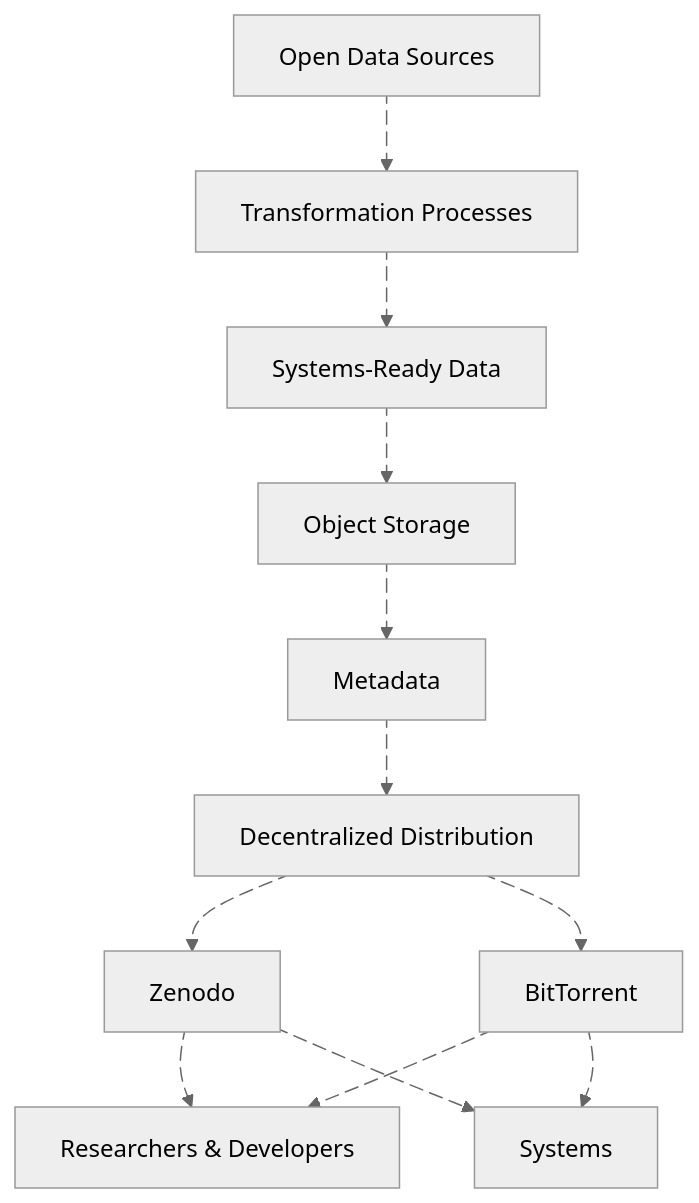
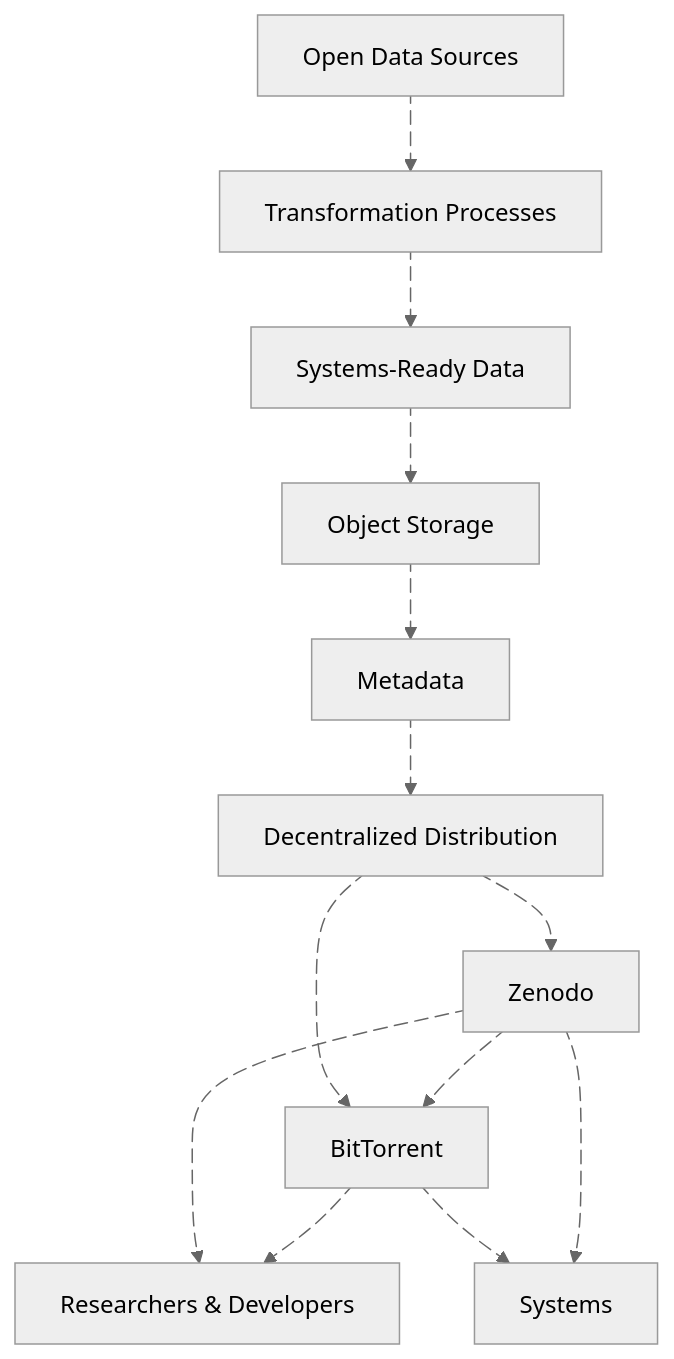
Before and after one commit to dataforcanada/www.dataforcanada.org: the diagram in content/docs/dissemination/_index.md, drawn with Mermaid (neutral theme). The commit also changed 1 other file, not shown here.

Commit message:
Organize statistical products page and clarify Zenodo to BitTorrent connection

````diff
--- a/content/docs/dissemination/_index.md
+++ b/content/docs/dissemination/_index.md
@@ -19,43 +19,45 @@
 ```mermaid
 
 flowchart TD
     Sources[Open Data Sources]
     Processes[Transformation Processes]
     Artifacts[Systems-Ready Data]
     Portal[Object Storage]
     Metadata[Metadata]
     Distribution[Decentralized Distribution]
     Zenodo[Zenodo]
     Torrent[BitTorrent]
     Users[Researchers & Developers]
     Systems[Systems]
 
     Sources a1@--> Processes
     a1@{animate: true, animation: slow}
     Processes a2@--> Artifacts
     a2@{animate: true, animation: slow}
     Artifacts a3@--> Portal
     a3@{animate: true, animation: slow}
     Portal a4@--> Metadata
     a4@{animate: true, animation: fast}
     Metadata a5@--> Distribution
     a5@{animate: true, animation: fast}
 
     Distribution a6@--> Zenodo
     a6@{animate: true, animation: slow}
     Distribution a7@--> Torrent
     a7@{animate: true, animation: slow}
 
     Zenodo a9@--> Users
     a9@{animate: true, animation: slow}
     Torrent a10@--> Users
     a10@{animate: true, animation: fast}
     Torrent a11@--> Systems
     a11@{animate: true, animation: fast}
     Zenodo a12@--> Systems
     a12@{animate: true, animation: slow}
+    Zenodo a13@--> Torrent
+    a13@{animate: true, animation: slow}
 
     click Portal "https://data-01.dataforcanada.org/processed/" _blank
     click Metadata "https://stac-utils.github.io/stac-geoparquet/latest/spec/stac-geoparquet-spec/" _blank
     click Zenodo "https://zenodo.org/communities/dataforcanada/" _blank
 ```
````
